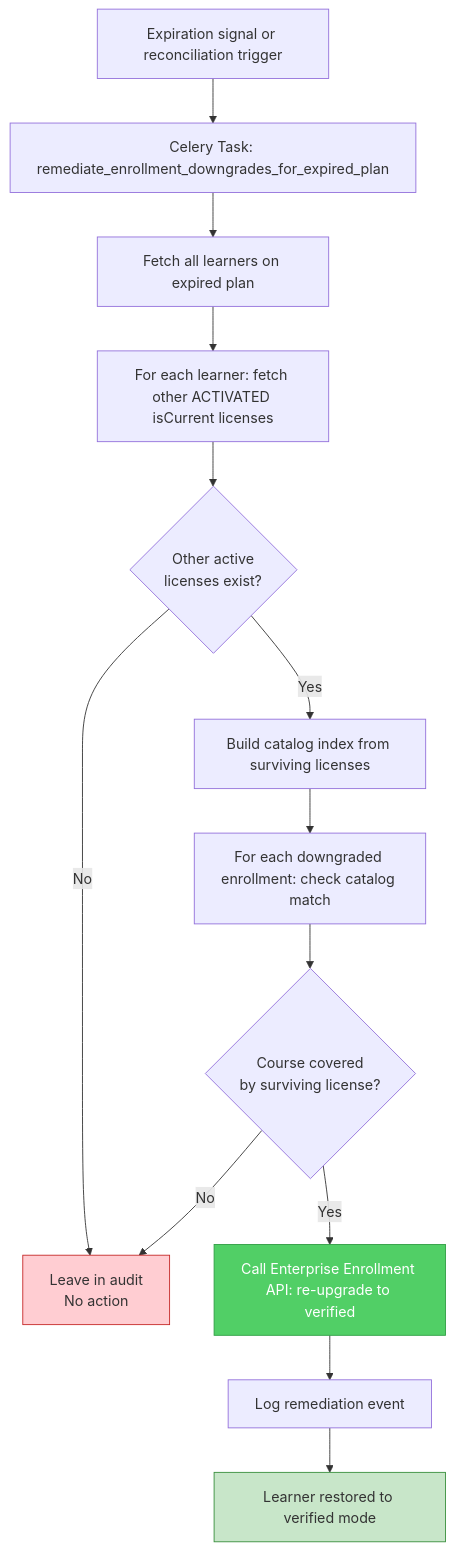
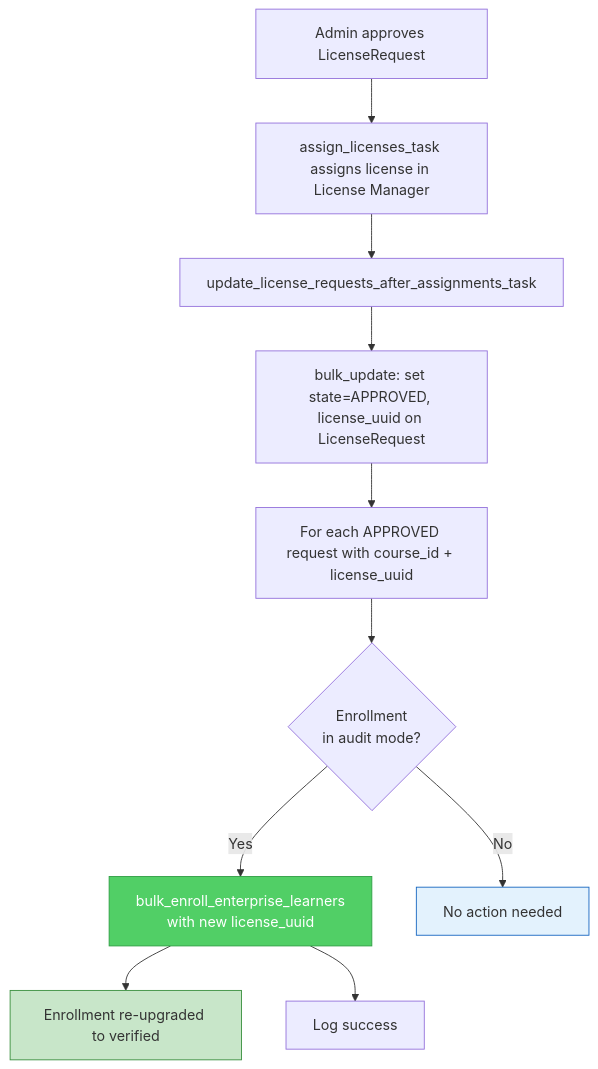
The seventh of 7 diagrams in update_multiplex_subscription_GPT5.4.md (rgopalrao-sonata-png/documents), drawn with Mermaid before and after one commit. The commit also changed other lines of this file, not shown here.

First line of the commit message:
Refactor re-upgrade logic into existing license task

````diff
--- a/update_multiplex_subscription_GPT5.4.md
+++ b/update_multiplex_subscription_GPT5.4.md
@@ -1494,19 +1501,16 @@
 ```mermaid
 flowchart TD
-  A[Expiration signal or reconciliation trigger] --> B[Celery Task: remediate_enrollment_downgrades_for_expired_plan]
-    B --> C[Fetch all learners on expired plan]
-    C --> D[For each learner: fetch other ACTIVATED isCurrent licenses]
-  D --> E{Other active<br/>licenses exist?}
-  E -->|No| F[Leave in audit<br/>No action]
-    E -->|Yes| G[Build catalog index from surviving licenses]
-    G --> H[For each downgraded enrollment: check catalog match]
-  H --> I{Course covered<br/>by surviving license?}
-    I -->|No| F
-    I -->|Yes| J[Call Enterprise Enrollment API: re-upgrade to verified]
-    J --> K[Log remediation event]
-    K --> L[Learner restored to verified mode]
+  A[Admin approves LicenseRequest] --> B[assign_licenses_task assigns license in License Manager]
+  B --> C[update_license_requests_after_assignments_task]
+  C --> D[bulk_update: set state=APPROVED, license_uuid on LicenseRequest]
+  D --> E[For each APPROVED request with course_id + license_uuid]
+  E --> F{Enrollment<br/>in audit mode?}
+  F -->|Yes| G[bulk_enroll_enterprise_learners<br/>with new license_uuid]
+  F -->|No| H[No action needed]
+  G --> I[Enrollment re-upgraded to verified]
+  G --> J[Log success]
 
-    style J fill:#51cf66,stroke:#2f9e44,color:#fff
-    style L fill:#c8e6c9,stroke:#388e3c
-    style F fill:#ffcdd2,stroke:#c62828
+  style G fill:#51cf66,stroke:#2f9e44,color:#fff
+  style I fill:#c8e6c9,stroke:#388e3c
+  style H fill:#e3f2fd,stroke:#1565c0
 ```
````
